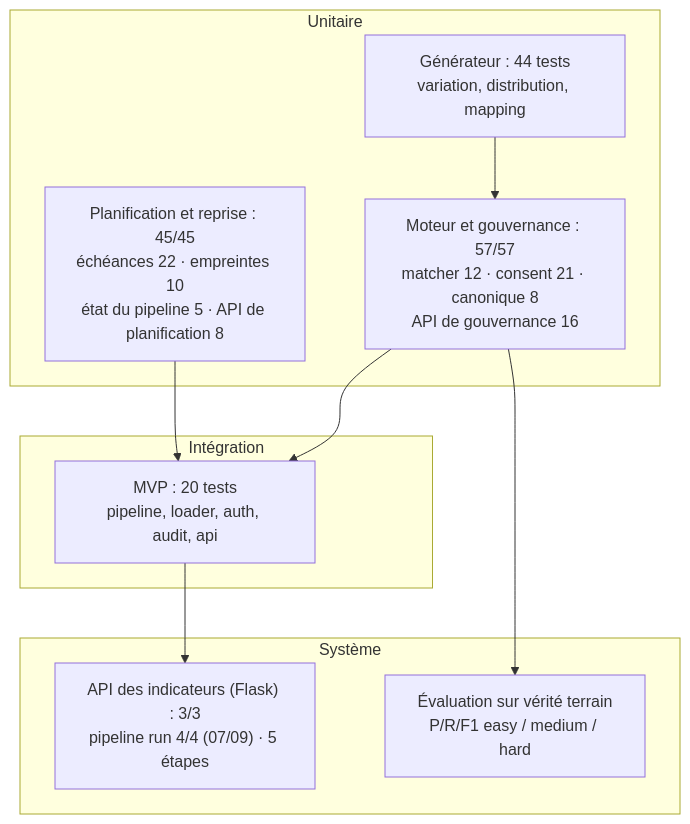
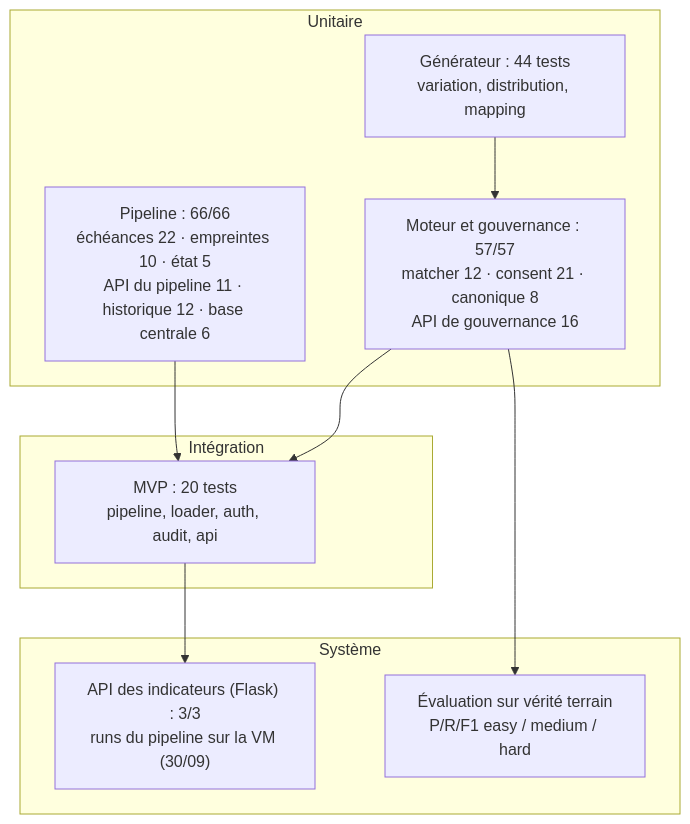
The diagram in chapters/08-tests.md (Alphamanjaka/test-big-data), drawn with Mermaid before and after one commit. The commit also changed other lines of this file and 15 other files, not shown here.

````diff
--- a/chapters/08-tests.md
+++ b/chapters/08-tests.md
@@ -8,18 +8,18 @@
 ```mermaid
 flowchart TD
     subgraph Unitaire
         G["Générateur : 44 tests<br/>variation, distribution, mapping"]
         E["Moteur et gouvernance : 57/57<br/>matcher 12 · consent 21 · canonique 8<br/>API de gouvernance 16"]
-        P["Planification et reprise : 45/45<br/>échéances 22 · empreintes 10<br/>état du pipeline 5 · API de planification 8"]
+        P["Pipeline : 66/66<br/>échéances 22 · empreintes 10 · état 5<br/>API du pipeline 11 · historique 12 · base centrale 6"]
     end
     subgraph Intégration
         MVP["MVP : 20 tests<br/>pipeline, loader, auth, audit, api"]
     end
     subgraph Système
-        API["API des indicateurs (Flask) : 3/3<br/>pipeline run 4/4 (07/09) · 5 étapes"]
+        API["API des indicateurs (Flask) : 3/3<br/>runs du pipeline sur la VM (30/09)"]
         EVAL["Évaluation sur vérité terrain<br/>P/R/F1 easy / medium / hard"]
     end
     G --> E --> MVP --> API
     P --> MVP
     E --> EVAL
 ```
````
